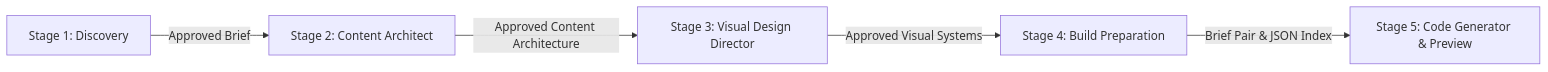
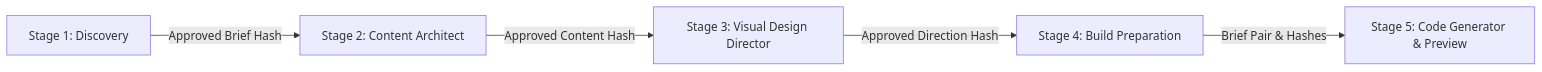
The diagram in docs/Frontend/02-agent-pipeline-and-data-contracts.md (yashsrivastava0/OryxenAI), drawn with Mermaid before and after one commit. The commit also changed other lines of this file and 105 other files, not shown here.

````diff
--- a/docs/Frontend/02-agent-pipeline-and-data-contracts.md
+++ b/docs/Frontend/02-agent-pipeline-and-data-contracts.md
@@ -12,7 +12,7 @@
 ```mermaid
 flowchart LR
-    S1[Stage 1: Discovery] -->|Approved Brief| S2[Stage 2: Content Architect]
-    S2 -->|Approved Content Architecture| S3[Stage 3: Visual Design Director]
-    S3 -->|Approved Visual Systems| S4[Stage 4: Build Preparation]
-    S4 -->|Brief Pair & JSON Index| S5[Stage 5: Code Generator & Preview]
+    S1[Stage 1: Discovery] -->|Approved Brief Hash| S2[Stage 2: Content Architect]
+    S2 -->|Approved Content Hash| S3[Stage 3: Visual Design Director]
+    S3 -->|Approved Direction Hash| S4[Stage 4: Build Preparation]
+    S4 -->|Brief Pair & Hashes| S5[Stage 5: Code Generator & Preview]
 ```
````
